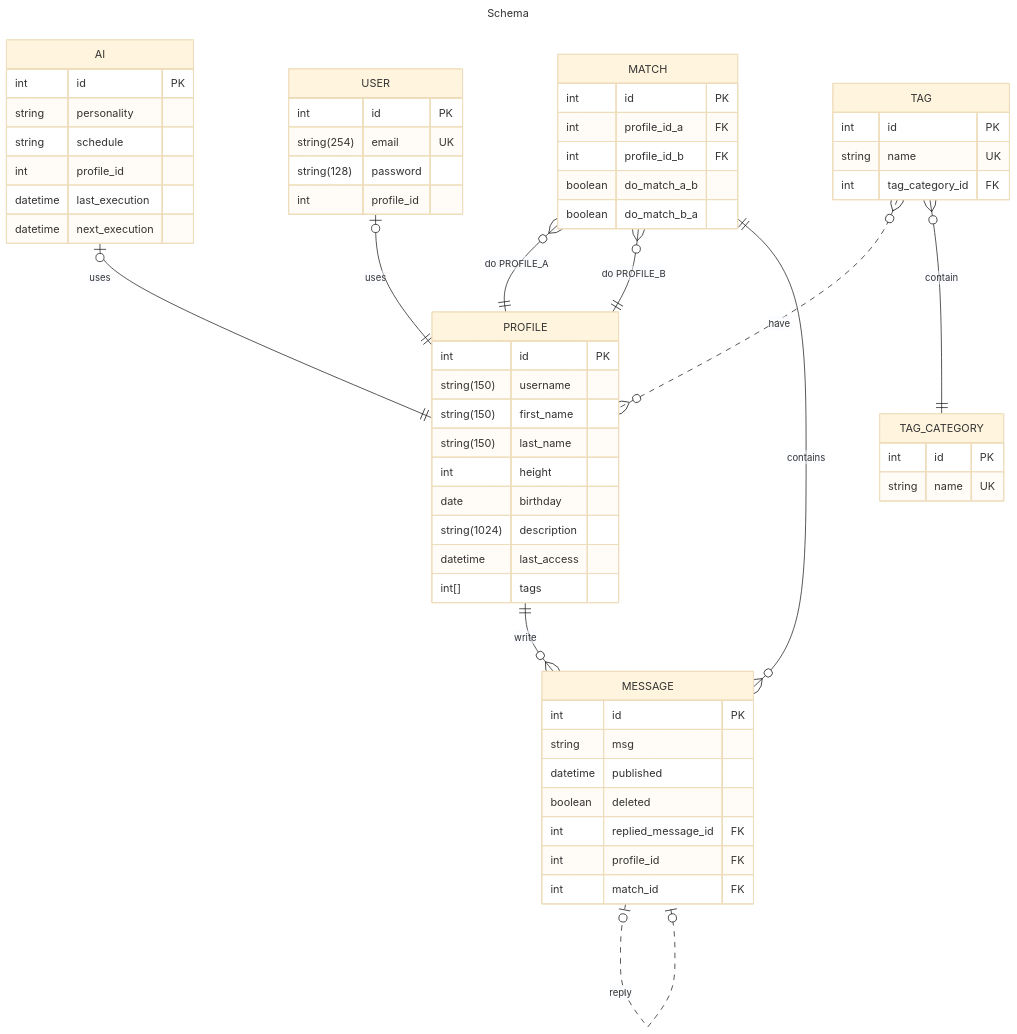
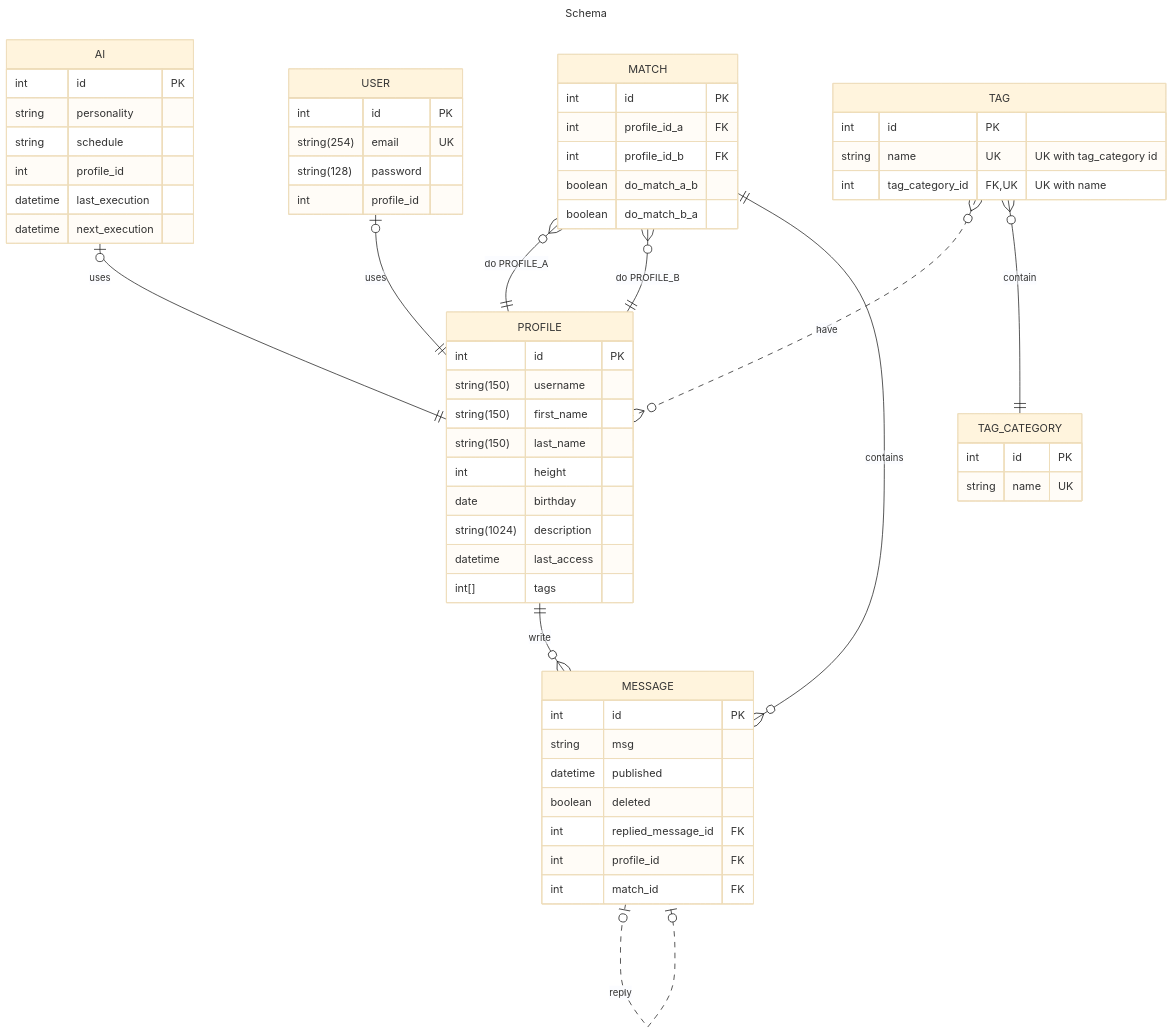
Before and after one commit to MaribelSR/tAInder: the diagram in docs/schema.md, drawn with Mermaid (base theme).

Commit message:
docs: Replaced UK by name and FK tag_category_id

````diff
--- a/docs/schema.md
+++ b/docs/schema.md
@@ -1,73 +1,72 @@
 ```mermaid
 ---
 title: Schema
 ---
 erDiagram
     PROFILE ||--o{ MESSAGE : write
     MESSAGE |o..o| MESSAGE : reply
     AI |o--|| PROFILE : uses
     USER |o--|| PROFILE : uses
     MATCH }o--|| PROFILE : "do PROFILE_A"
     MATCH }o--|| PROFILE : "do PROFILE_B"
     MATCH ||--o{ MESSAGE : contains
     TAG }o..o{ PROFILE : have
     TAG }o--|| TAG_CATEGORY : contain
 
     PROFILE {
         int id PK
         string(150) username
         string(150) first_name
         string(150) last_name
         int height
         date birthday
         string(1024) description
         datetime last_access
         int[] tags
     }
 
     USER {
         int id PK
         string(254) email UK
         string(128) password
         int profile_id
     }
 
     AI {
         int id PK
         string personality
         string schedule
         int profile_id
         datetime last_execution
         datetime next_execution
     }
-    
+
     MATCH {
         int id PK
         int profile_id_a FK
         int profile_id_b FK
         boolean do_match_a_b
         boolean do_match_b_a
     }
 
     MESSAGE {
         int id PK
         string msg
         datetime published
         boolean deleted
-        int replied_message_id FK 
+        int replied_message_id FK
         int profile_id FK
         int match_id FK
     }
-    
+
     TAG {
         int id PK
-        string name UK
-        int tag_category_id FK
+        string name UK "UK with tag_category id"
+        int tag_category_id FK,UK "UK with name"
     }
 
     TAG_CATEGORY {
         int id PK
         string name UK
     }
-
 ```
````
